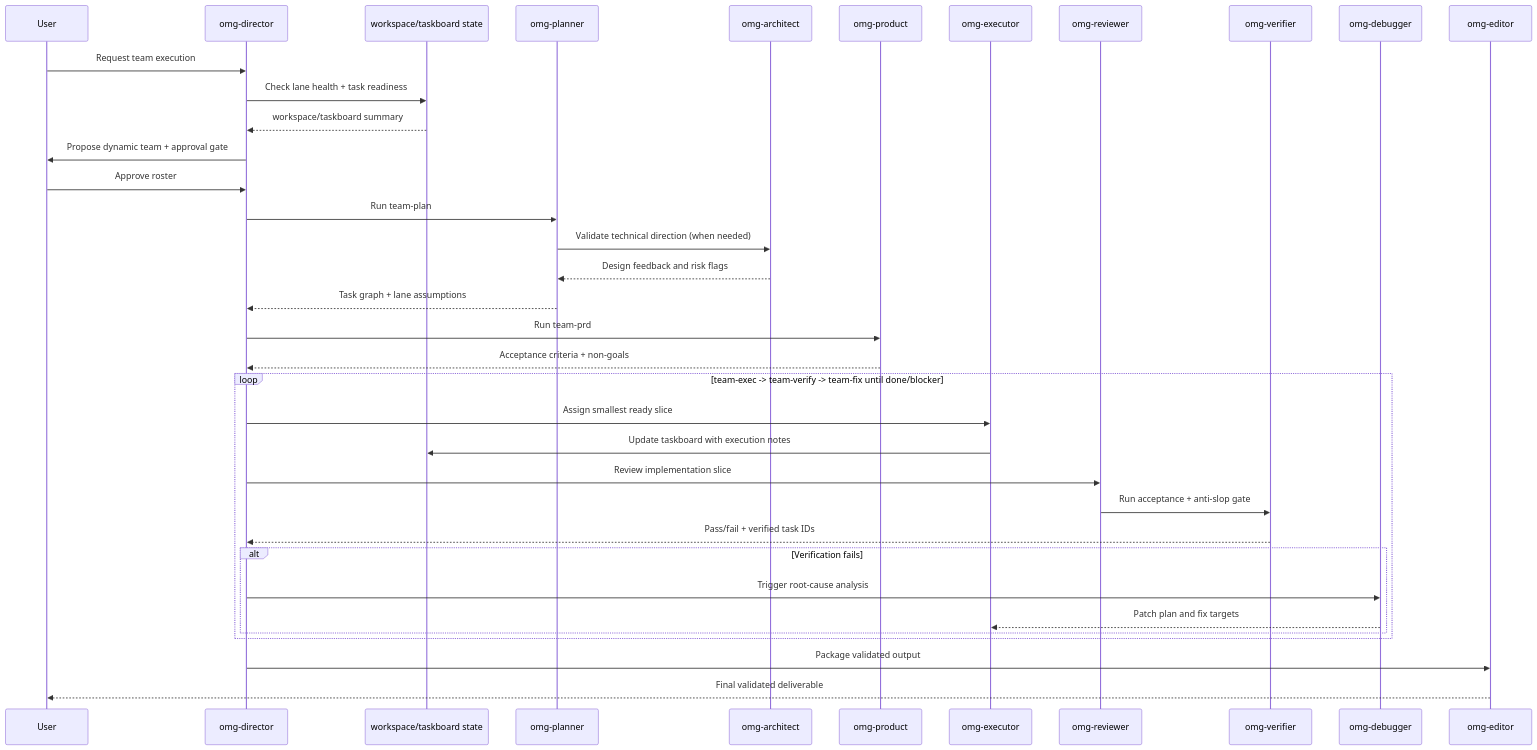
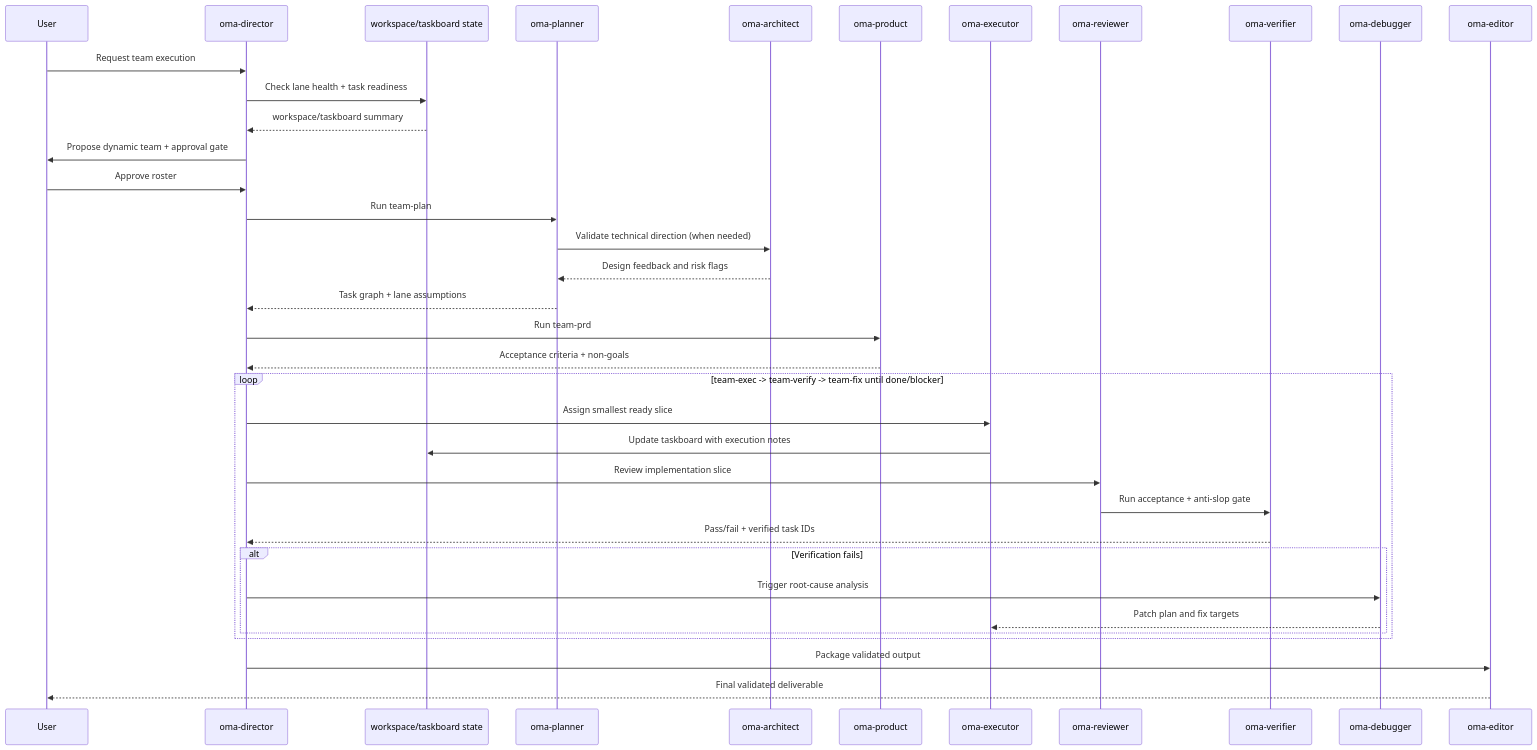
The second of 2 diagrams in docs/README_es.md (Joonghyun-Lee-Frieren/oh-my-antigravity), drawn with Mermaid before and after one commit. The commit also changed other lines of this file and 127 other files, not shown here.

````diff
--- a/docs/README_es.md
+++ b/docs/README_es.md
@@ -139,41 +139,41 @@
 ```mermaid
 sequenceDiagram
     participant User
-    participant Director as omg-director
+    participant Director as oma-director
     participant Workspace as workspace/taskboard state
-    participant Planner as omg-planner
-    participant Architect as omg-architect
-    participant Product as omg-product
-    participant Executor as omg-executor
-    participant Reviewer as omg-reviewer
-    participant Verifier as omg-verifier
-    participant Debugger as omg-debugger
-    participant Editor as omg-editor
+    participant Planner as oma-planner
+    participant Architect as oma-architect
+    participant Product as oma-product
+    participant Executor as oma-executor
+    participant Reviewer as oma-reviewer
+    participant Verifier as oma-verifier
+    participant Debugger as oma-debugger
+    participant Editor as oma-editor
 
     User->>Director: Request team execution
     Director->>Workspace: Check lane health + task readiness
     Workspace-->>Director: workspace/taskboard summary
     Director->>User: Propose dynamic team + approval gate
     User->>Director: Approve roster
     Director->>Planner: Run team-plan
     Planner->>Architect: Validate technical direction (when needed)
     Architect-->>Planner: Design feedback and risk flags
     Planner-->>Director: Task graph + lane assumptions
     Director->>Product: Run team-prd
     Product-->>Director: Acceptance criteria + non-goals
 
     loop team-exec -> team-verify -> team-fix until done/blocker
         Director->>Executor: Assign smallest ready slice
         Executor->>Workspace: Update taskboard with execution notes
         Director->>Reviewer: Review implementation slice
         Reviewer->>Verifier: Run acceptance + anti-slop gate
         Verifier-->>Director: Pass/fail + verified task IDs
         alt Verification fails
             Director->>Debugger: Trigger root-cause analysis
             Debugger-->>Executor: Patch plan and fix targets
         end
     end
 
     Director->>Editor: Package validated output
     Editor-->>User: Final validated deliverable
 ```
````
